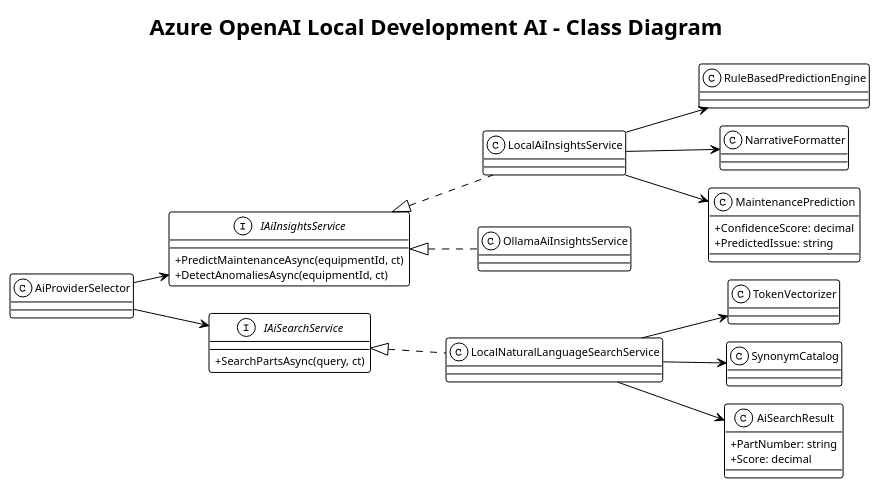
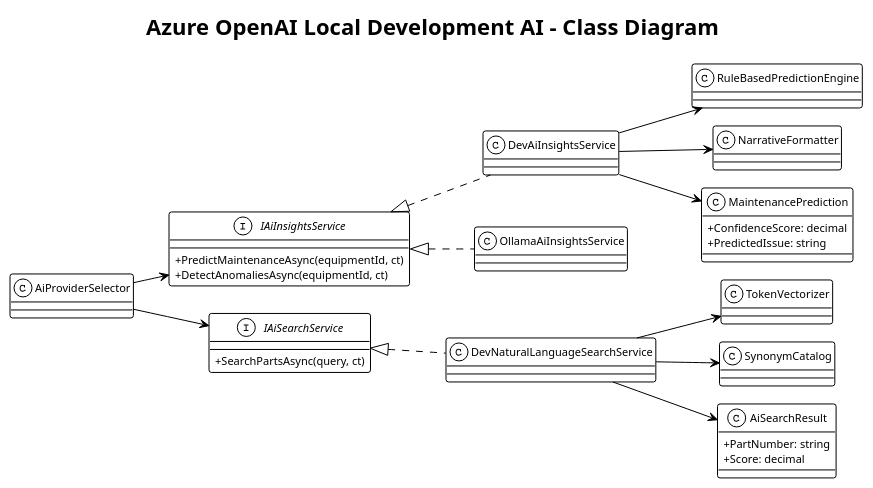
One commit to QuinntyneBrown/Toromont changed the diagram in docs/detailed-designs/21-openai-local-development-ai/diagrams/class_diagram.puml. Above: the diagram before and after it, drawn with PlantUML. The commit also changed 13 other files, not shown here.

First line of the commit message:
docs: update detailed designs 19-21, create design 22 (Azure Functions local dev)

```diff
--- a/docs/detailed-designs/21-openai-local-development-ai/diagrams/class_diagram.puml
+++ b/docs/detailed-designs/21-openai-local-development-ai/diagrams/class_diagram.puml
@@ -1,51 +1,51 @@
 @startuml class_diagram
 !theme plain
 !pragma layout smetana
 left to right direction
 skinparam classAttributeIconSize 0
 skinparam shadowing false
 skinparam defaultFontSize 11
 
 title Azure OpenAI Local Development AI - Class Diagram
 
 interface IAiInsightsService {
   +PredictMaintenanceAsync(equipmentId, ct)
   +DetectAnomaliesAsync(equipmentId, ct)
 }
 
 interface IAiSearchService {
   +SearchPartsAsync(query, ct)
 }
 
 class AiProviderSelector
-class LocalAiInsightsService
+class DevAiInsightsService
 class RuleBasedPredictionEngine
 class NarrativeFormatter
-class LocalNaturalLanguageSearchService
+class DevNaturalLanguageSearchService
 class TokenVectorizer
 class SynonymCatalog
 class OllamaAiInsightsService
 
 class MaintenancePrediction {
   +ConfidenceScore: decimal
   +PredictedIssue: string
 }
 
 class AiSearchResult {
   +PartNumber: string
   +Score: decimal
 }
 
-IAiInsightsService <|.. LocalAiInsightsService
+IAiInsightsService <|.. DevAiInsightsService
 IAiInsightsService <|.. OllamaAiInsightsService
-IAiSearchService <|.. LocalNaturalLanguageSearchService
+IAiSearchService <|.. DevNaturalLanguageSearchService
 AiProviderSelector --> IAiInsightsService
 AiProviderSelector --> IAiSearchService
-LocalAiInsightsService --> RuleBasedPredictionEngine
-LocalAiInsightsService --> NarrativeFormatter
-LocalNaturalLanguageSearchService --> TokenVectorizer
-LocalNaturalLanguageSearchService --> SynonymCatalog
-LocalAiInsightsService --> MaintenancePrediction
-LocalNaturalLanguageSearchService --> AiSearchResult
+DevAiInsightsService --> RuleBasedPredictionEngine
+DevAiInsightsService --> NarrativeFormatter
+DevNaturalLanguageSearchService --> TokenVectorizer
+DevNaturalLanguageSearchService --> SynonymCatalog
+DevAiInsightsService --> MaintenancePrediction
+DevNaturalLanguageSearchService --> AiSearchResult
 
 @enduml
```
